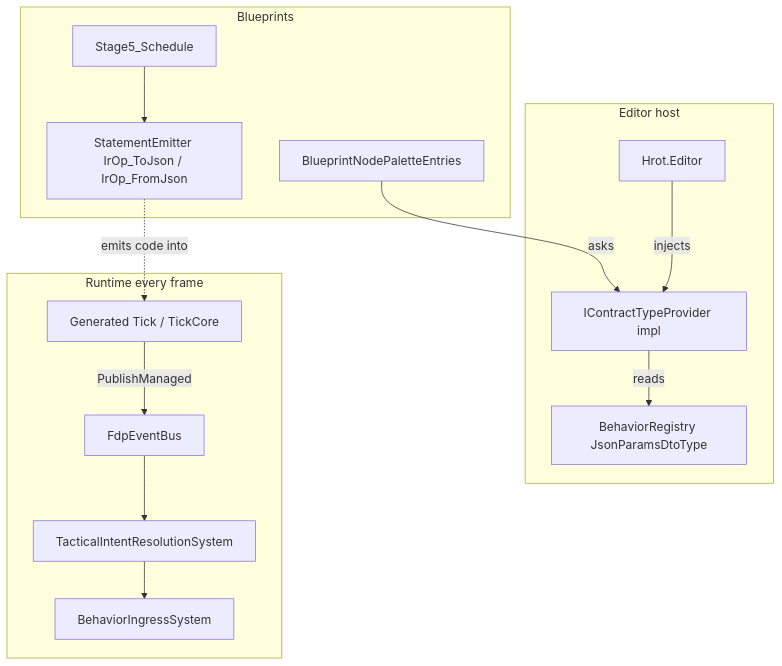
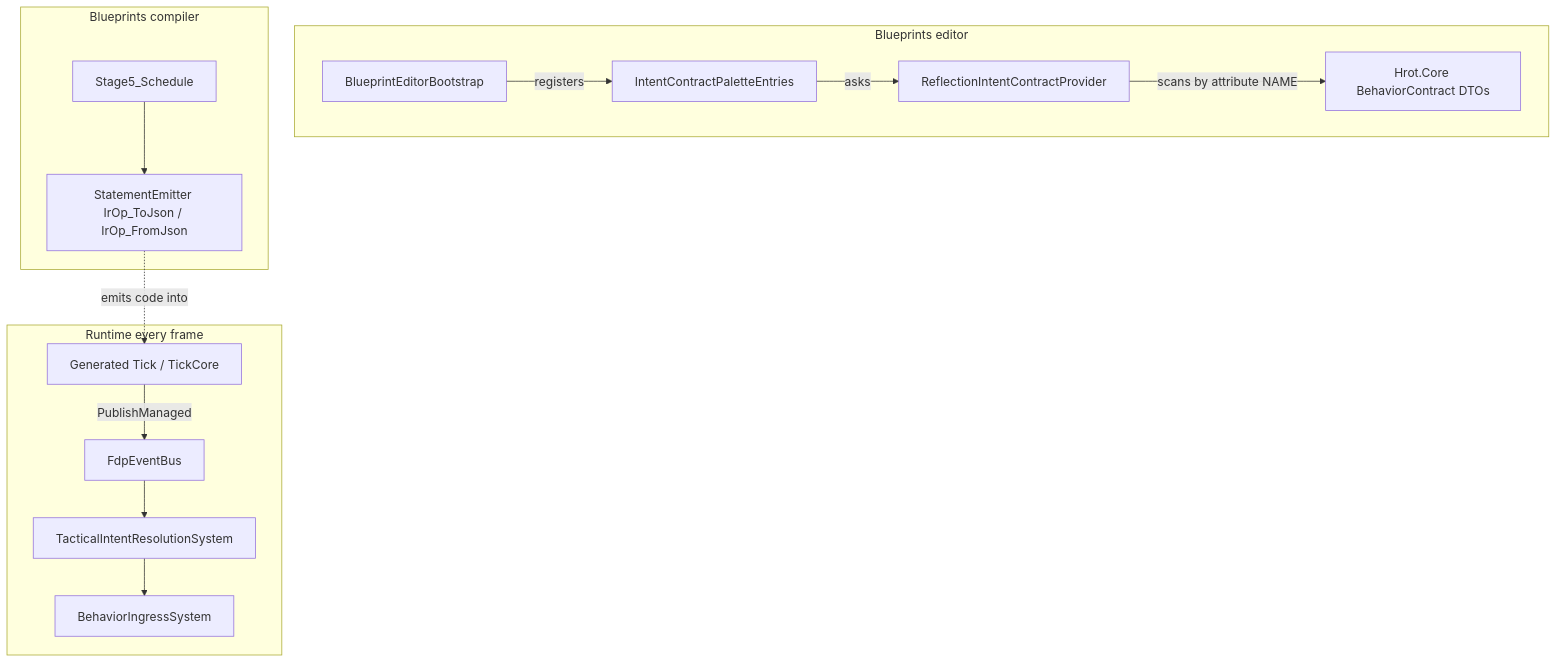
One commit to pjanec/HROT changed the third of 3 diagrams in docs/blueprints/DESIGN_Typed_Intent_And_Json_Nodes.md. Above: the diagram before and after it, drawn with Mermaid. The commit also changed other lines of this file and 21 other files, not shown here.

First line of the commit message:
CE-472: typed Send Intent and To/From JSON blueprint nodes

````diff
--- a/docs/blueprints/DESIGN_Typed_Intent_And_Json_Nodes.md
+++ b/docs/blueprints/DESIGN_Typed_Intent_And_Json_Nodes.md
@@ -127,17 +133,17 @@
 ```mermaid
 graph TD
-  subgraph Editor host
-    HE[Hrot.Editor] -->|injects| CTP[IContractTypeProvider impl]
-    CTP -->|reads| BR[BehaviorRegistry JsonParamsDtoType]
+  subgraph Blueprints editor
+    BOOT[BlueprintEditorBootstrap] -->|registers| PAL[IntentContractPaletteEntries]
+    PAL -->|asks| CTP[ReflectionIntentContractProvider]
+    CTP -->|scans by attribute NAME| HC[Hrot.Core BehaviorContract DTOs]
   end
-  subgraph Blueprints
-    PAL[BlueprintNodePaletteEntries] -->|asks| CTP
+  subgraph Blueprints compiler
     S5[Stage5_Schedule] --> SE[StatementEmitter IrOp_ToJson / IrOp_FromJson]
   end
   subgraph Runtime every frame
     TICK[Generated Tick / TickCore] -->|PublishManaged| BUS[FdpEventBus]
     BUS --> TIR[TacticalIntentResolutionSystem]
     TIR --> ING[BehaviorIngressSystem]
   end
   SE -. emits code into .-> TICK
 ```
````
